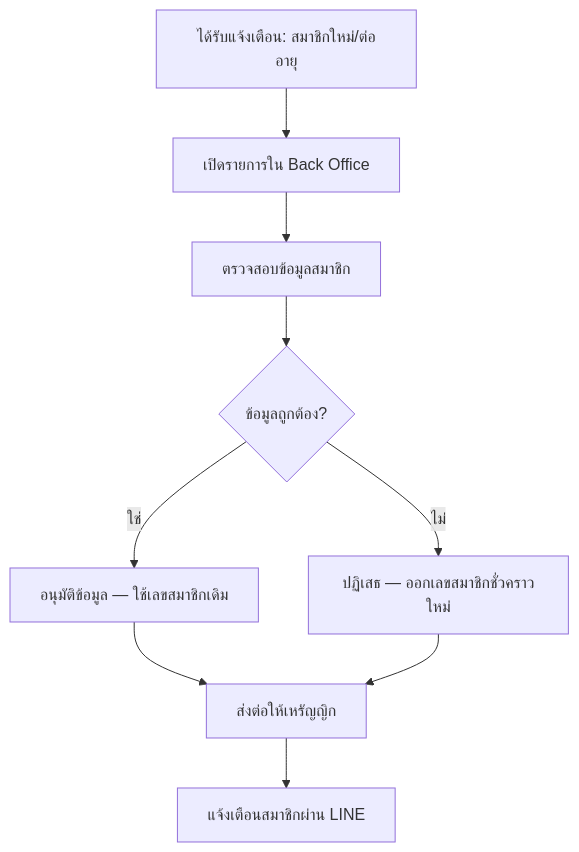
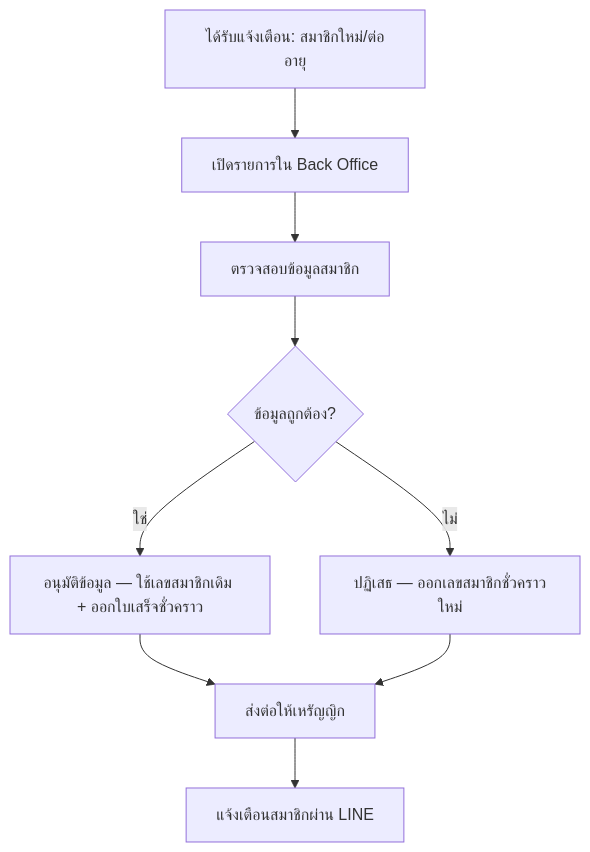
Before and after one commit to Cakenomsod/Fastwork_ABTA: the third of 4 diagrams in ABTA-System/04-Workflows.md, drawn with Mermaid. The commit also changed other lines of this file and 7 other files, not shown here.

Commit message:
Update membership flow: revised issuance of temporary receipts to occur after registrar approval, rather than immediately upon registration. Adjusted related documentation and workflows accordingly.

````diff
--- a/ABTA-System/04-Workflows.md
+++ b/ABTA-System/04-Workflows.md
@@ -126,11 +126,11 @@
 ```mermaid
 flowchart TD
     A[ได้รับแจ้งเตือน: สมาชิกใหม่/ต่ออายุ] --> B[เปิดรายการใน Back Office]
     B --> C[ตรวจสอบข้อมูลสมาชิก]
     C --> D{ข้อมูลถูกต้อง?}
-    D -->|ใช่| E[อนุมัติข้อมูล — ใช้เลขสมาชิกเดิม]
+    D -->|ใช่| E[อนุมัติข้อมูล — ใช้เลขสมาชิกเดิม + ออกใบเสร็จชั่วคราว]
     D -->|ไม่| F[ปฏิเสธ — ออกเลขสมาชิกชั่วคราวใหม่]
     E --> G[ส่งต่อให้เหรัญญิก]
     F --> G
     G --> H[แจ้งเตือนสมาชิกผ่าน LINE]
 ```
````
